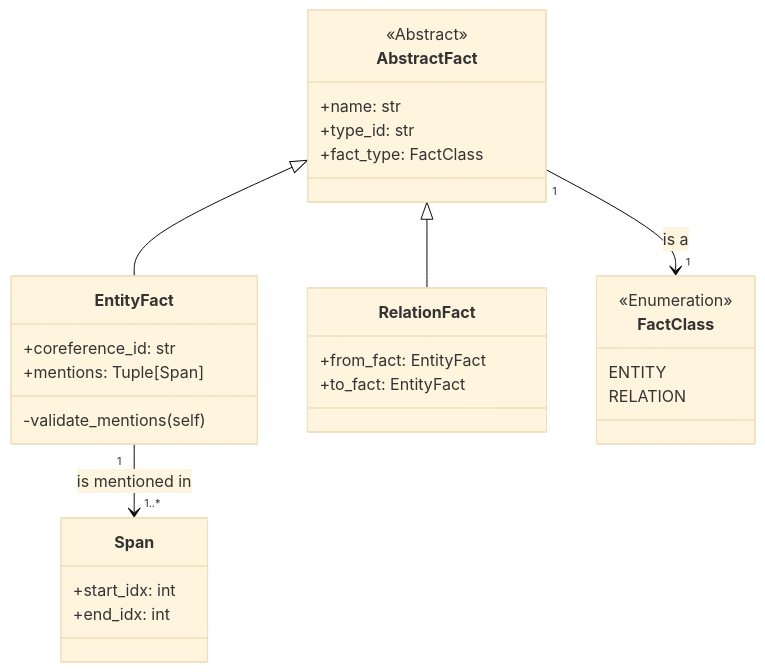
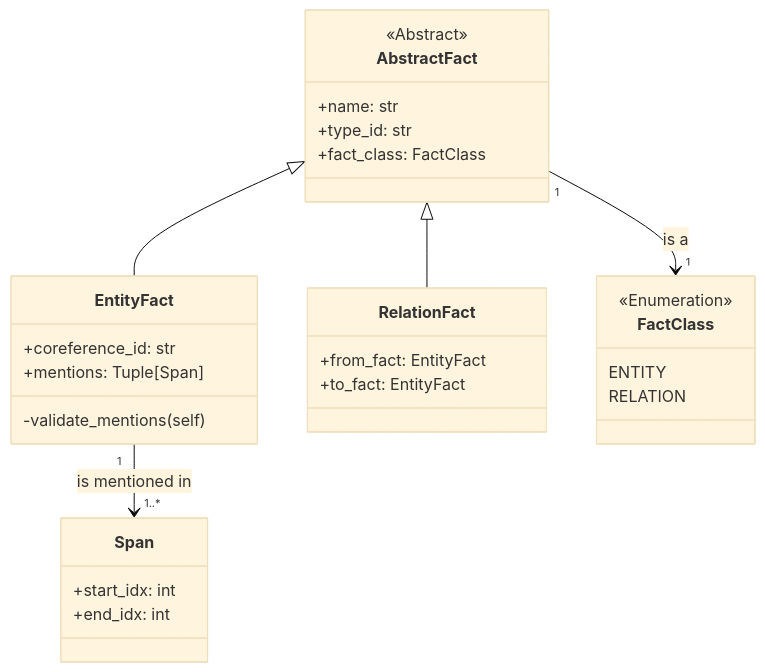
Before and after one commit to phos-phophy/creed: the second of 4 diagrams in README.md, drawn with Mermaid (base theme). The commit also changed 2 other files, not shown here.

Commit message:
Rename fact_type to fact_class

````diff
--- a/README.md
+++ b/README.md
@@ -73,38 +73,38 @@
 ```mermaid
 classDiagram
 direction TB
 
    AbstractFact <|-- EntityFact
    AbstractFact <|-- RelationFact
    EntityFact "1" --> "1..*" Span : is mentioned in
    AbstractFact "1" --> "1" FactClass : is a
    
    class Span:::rect{
       +start_idx: int
       +end_idx: int
    }
    
    class FactClass{
       <<Enumeration>>
       ENTITY
       RELATION
    }
 
    class AbstractFact{
       <<Abstract>> 
       +name: str
       +type_id: str
-      +fact_type: FactClass
+      +fact_class: FactClass
    }
    
    class EntityFact{
       +coreference_id: str
       +mentions: Tuple[Span]
       -validate_mentions(self)
    }
    
    class RelationFact{
       +from_fact: EntityFact
       +to_fact: EntityFact
    }
 ```
````
